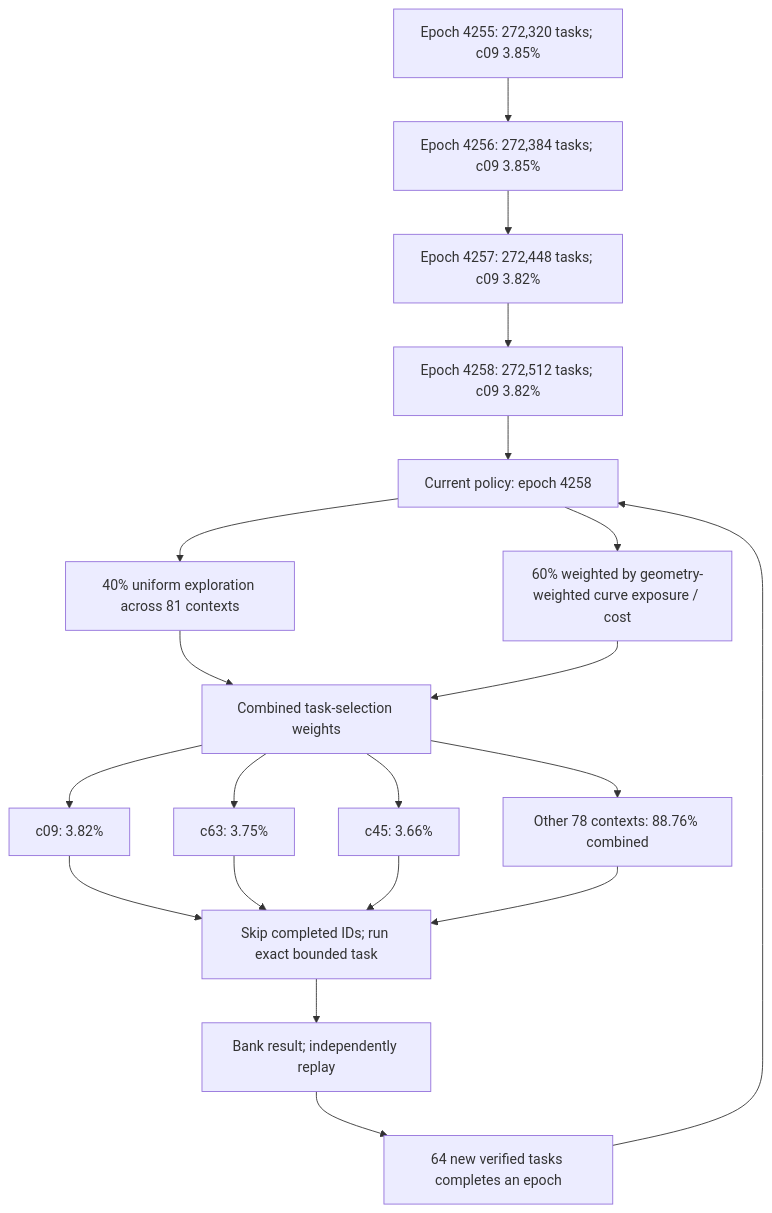
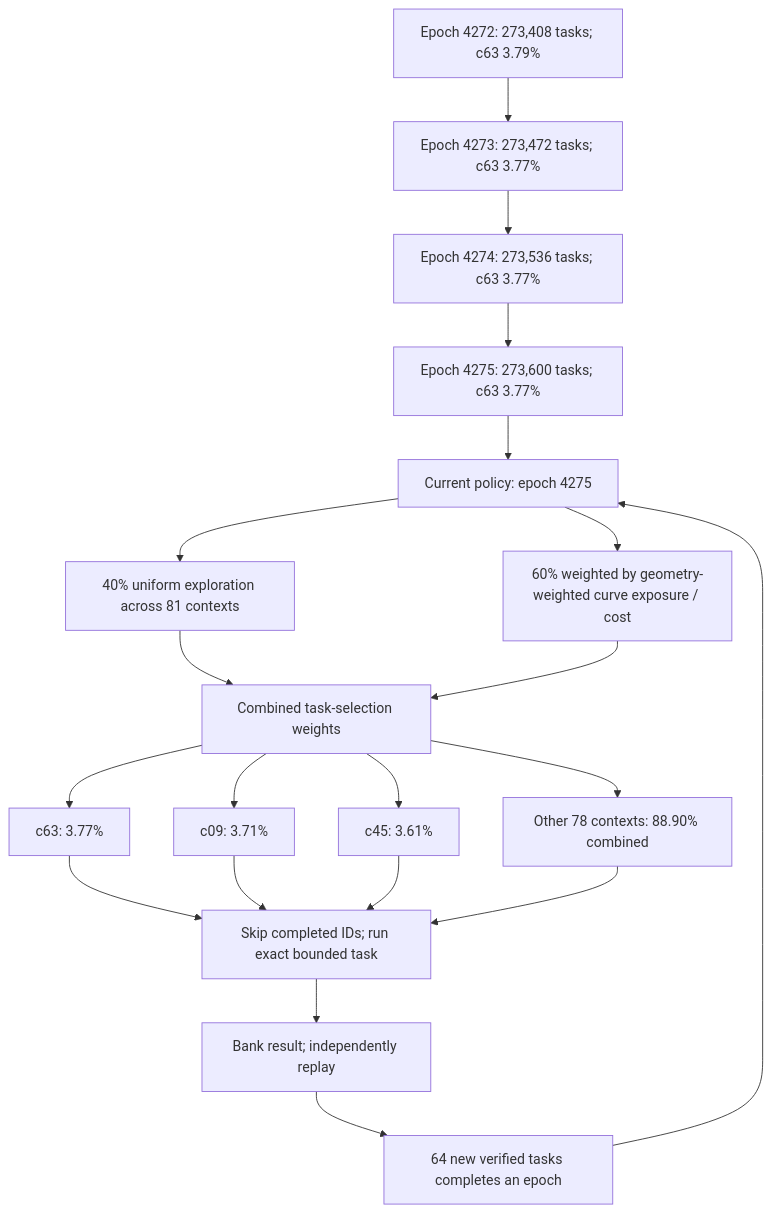
One commit to Kuberwastaken/math-gambling changed the first of 3 diagrams in README.md. Above: the diagram before and after it, drawn with Mermaid. The commit also changed other lines of this file and 3256 other files, not shown here.

````diff
--- a/README.md
+++ b/README.md
@@ -60,27 +60,27 @@
 ```mermaid
 flowchart TD
-    H0["Epoch 4255: 272,320 tasks; c09 3.85%"]
-    H1["Epoch 4256: 272,384 tasks; c09 3.85%"]
+    H0["Epoch 4272: 273,408 tasks; c63 3.79%"]
+    H1["Epoch 4273: 273,472 tasks; c63 3.77%"]
     H0 --> H1
-    H2["Epoch 4257: 272,448 tasks; c09 3.82%"]
+    H2["Epoch 4274: 273,536 tasks; c63 3.77%"]
     H1 --> H2
-    H3["Epoch 4258: 272,512 tasks; c09 3.82%"]
+    H3["Epoch 4275: 273,600 tasks; c63 3.77%"]
     H2 --> H3
-    Policy["Current policy: epoch 4258"]
+    Policy["Current policy: epoch 4275"]
     H3 --> Policy
     Policy --> Explore["40% uniform exploration across 81 contexts"]
     Policy --> Cost["60% weighted by geometry-weighted curve exposure / cost"]
     Explore --> Mix["Combined task-selection weights"]
     Cost --> Mix
-    Mix --> C0["c09: 3.82%"]
-    Mix --> C1["c63: 3.75%"]
-    Mix --> C2["c45: 3.66%"]
-    Mix --> Rest["Other 78 contexts: 88.76% combined"]
+    Mix --> C0["c63: 3.77%"]
+    Mix --> C1["c09: 3.71%"]
+    Mix --> C2["c45: 3.61%"]
+    Mix --> Rest["Other 78 contexts: 88.90% combined"]
     C0 --> Check["Skip completed IDs; run exact bounded task"]
     C1 --> Check
     C2 --> Check
     Rest --> Check
     Check --> Replay["Bank result; independently replay"]
     Replay --> Gate["64 new verified tasks completes an epoch"]
     Gate --> Policy
 ```
````
